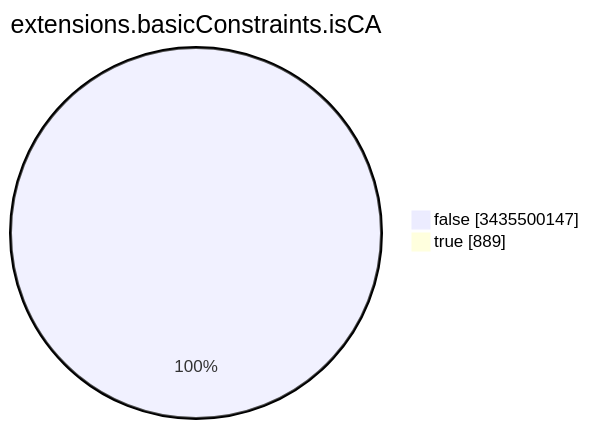
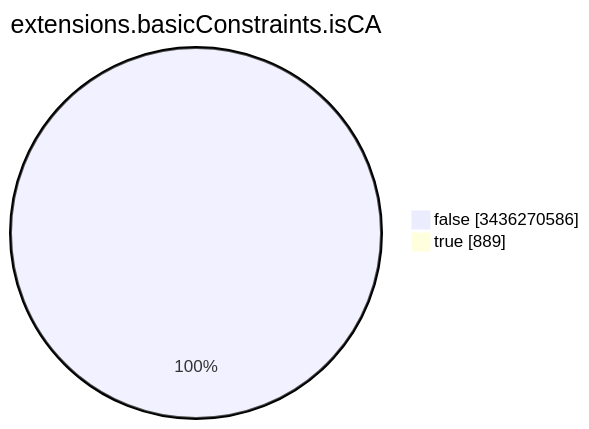
Before and after one commit to christiankrug/ctmonitor_visualization: the seventh of 15 diagrams in TOTAL/README.md, drawn with Mermaid. The commit also changed other lines of this file, not shown here.

````diff
--- a/TOTAL/README.md
+++ b/TOTAL/README.md
@@ -3092,6 +3092,6 @@
 ```mermaid
 pie showData
 title extensions.basicConstraints.isCA
-"false" :3435500147
+"false" :3436270586
 "true" :889
 ```
````
